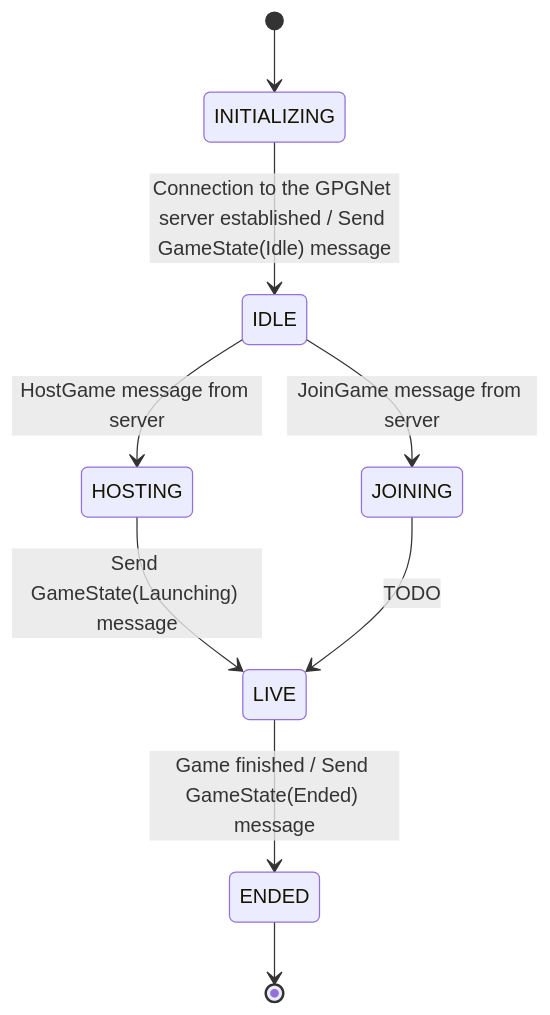
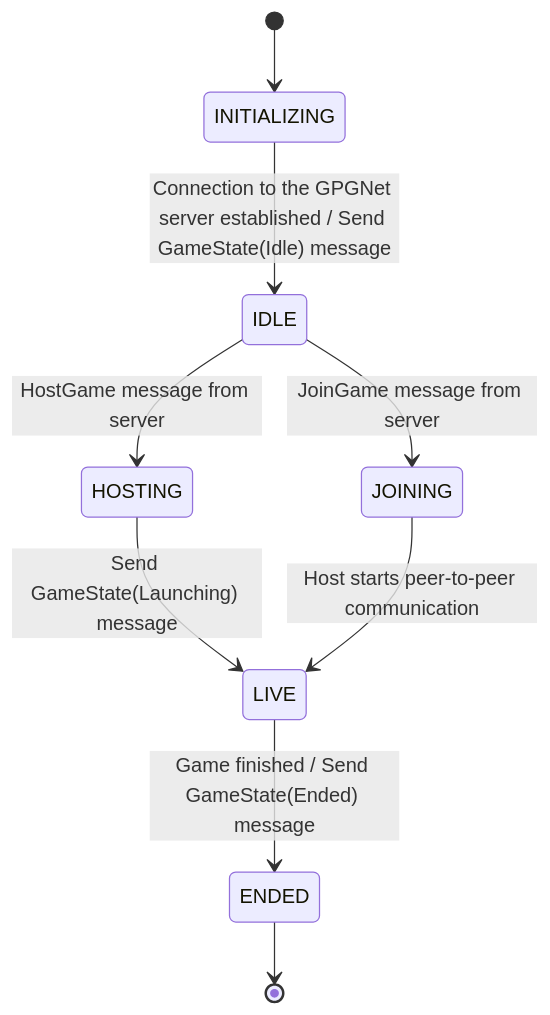
The first of 2 diagrams in documentation/research/state-diagram.md (md-173/faf-test-harness), drawn with Mermaid before and after one commit. The commit also changed other lines of this file, not shown here.

Commit message:
docs: Add transitions for joining players to start the game

````diff
--- a/documentation/research/state-diagram.md
+++ b/documentation/research/state-diagram.md
@@ -25,11 +25,11 @@
 ```mermaid
 stateDiagram-v2
     [*] --> INITIALIZING
     INITIALIZING --> IDLE : Connection to the GPGNet server established / Send GameState(Idle) message
     IDLE --> HOSTING : HostGame message from server
     IDLE --> JOINING : JoinGame message from server
     HOSTING --> LIVE : Send GameState(Launching) message
-    JOINING --> LIVE : TODO
+    JOINING --> LIVE : Host starts peer-to-peer communication
     LIVE --> ENDED : Game finished / Send GameState(Ended) message
     ENDED --> [*]
 ```
````
